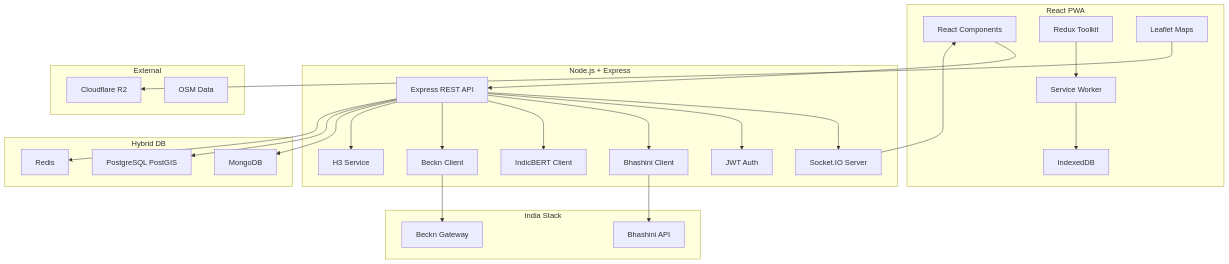
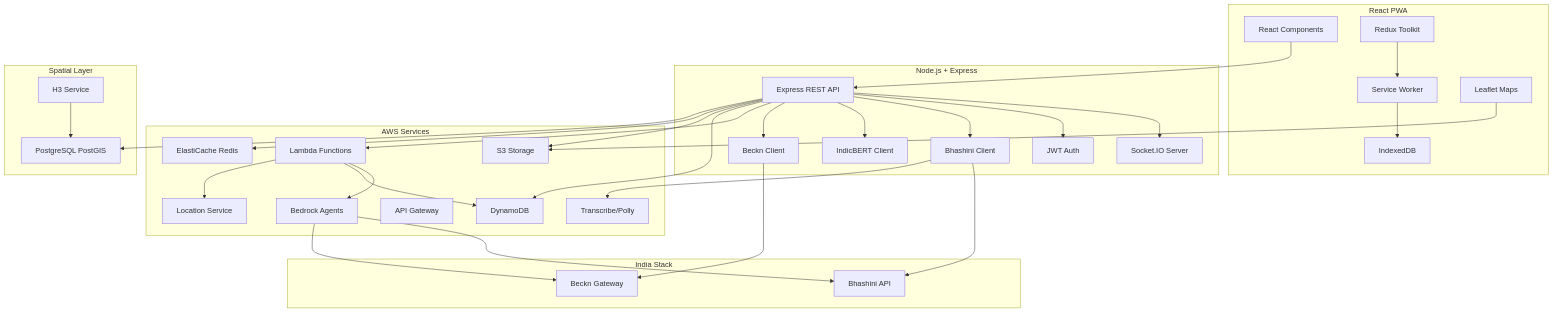
Before and after one commit to anshurajbisoyi98-ctrl/AI_For_Bharat: the diagram in .kiro/specs/marg-mitra-civic-neural-grid/design.md, drawn with Mermaid. The commit also changed other lines of this file and 4 other files, not shown here.

````diff
--- a/.kiro/specs/marg-mitra-civic-neural-grid/design.md
+++ b/.kiro/specs/marg-mitra-civic-neural-grid/design.md
@@ -33,53 +60,64 @@
 ```mermaid
 flowchart TB
     subgraph Frontend["React PWA"]
         A[React Components]
         B[Redux Toolkit]
         C[Service Worker]
         D[IndexedDB]
         E[Leaflet Maps]
     end
     
     subgraph Backend["Node.js + Express"]
         F[Express REST API]
         G[Socket.IO Server]
         H[JWT Auth]
         I[Bhashini Client]
         J[IndicBERT Client]
         K[Beckn Client]
-        L[H3 Service]
     end
     
-    subgraph Databases["Hybrid DB"]
-        M[MongoDB]
-        N[PostgreSQL PostGIS]
-        O[Redis]
+    subgraph AWS["AWS Services"]
+        L[Lambda Functions]
+        M[DynamoDB]
+        N[S3 Storage]
+        O[ElastiCache Redis]
+        P[Bedrock Agents]
+        Q[API Gateway]
+        R[Transcribe/Polly]
+        S[Location Service]
     end
     
     subgraph IndiaStack["India Stack"]
-        P[Bhashini API]
-        Q[Beckn Gateway]
+        T[Bhashini API]
+        U[Beckn Gateway]
     end
     
-    subgraph External["External"]
-        R[Cloudflare R2]
-        S[OSM Data]
+    subgraph Spatial["Spatial Layer"]
+        V[PostgreSQL PostGIS]
+        W[H3 Service]
     end
     
     A --> F
     B --> C
     C --> D
-    E --> R
+    E --> N
     F --> G
     F --> H
     F --> I
     F --> J
     F --> K
     F --> L
-    I --> P
-    K --> Q
     F --> M
     F --> N
     F --> O
-    G --> A
+    F --> V
+    I --> T
+    I --> R
+    K --> U
+    L --> P
+    L --> M
+    L --> S
+    P --> T
+    P --> U
+    W --> V
 ```
````
